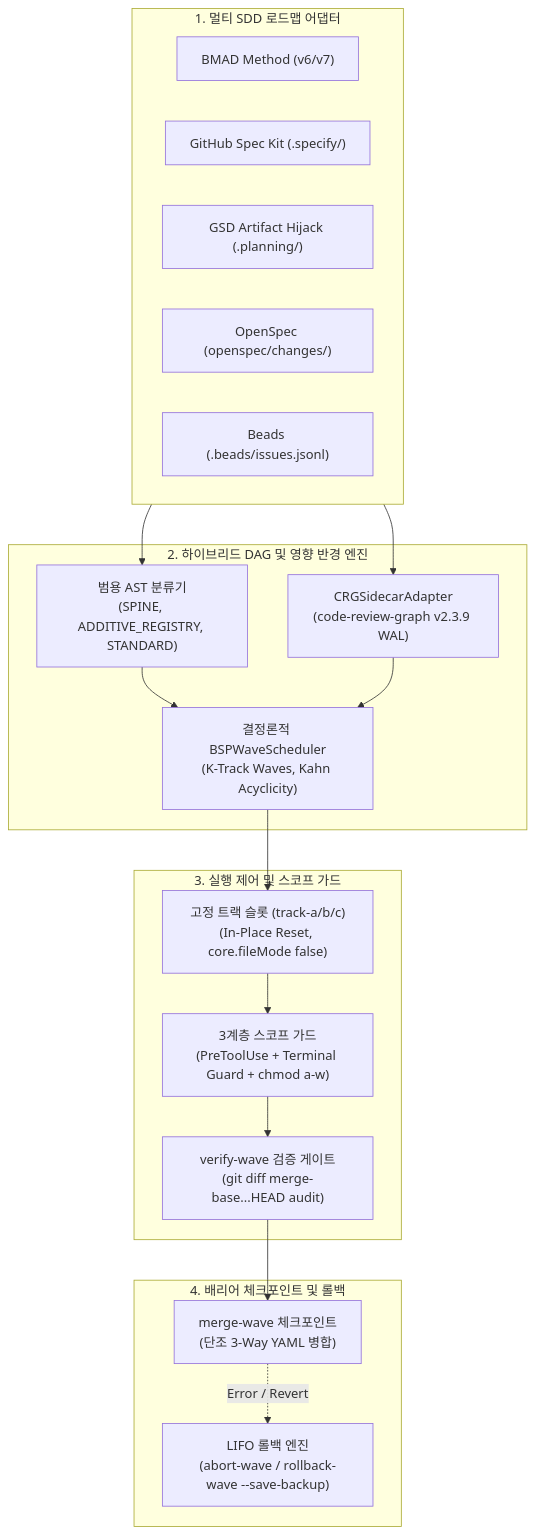
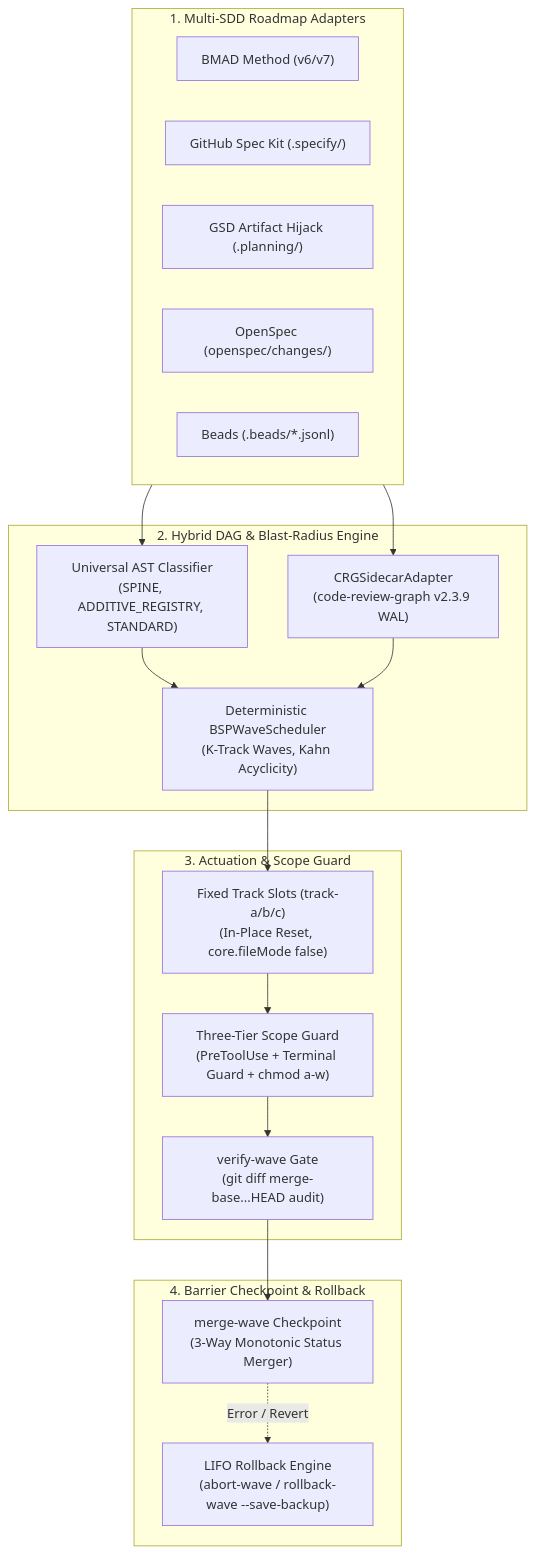
One commit to stopActingSoSmall/sdd-parallel changed the diagram in docs/i18n/ko/README.md. Above: the diagram before and after it, drawn with Mermaid. The commit also changed other lines of this file and 14 other files, not shown here.

````diff
--- a/docs/i18n/ko/README.md
+++ b/docs/i18n/ko/README.md
@@ -157,34 +543,34 @@
 ```mermaid
 flowchart TD
-    subgraph Inputs["1. 멀티 SDD 로드맵 어댑터"]
+    subgraph Inputs["1. Multi-SDD Roadmap Adapters"]
         BMAD["BMAD Method (v6/v7)"]
         SpecKit["GitHub Spec Kit (.specify/)"]
         GSD["GSD Artifact Hijack (.planning/)"]
         OpenSpec["OpenSpec (openspec/changes/)"]
-        Beads["Beads (.beads/issues.jsonl)"]
+        Beads["Beads (.beads/*.jsonl)"]
     end
 
-    subgraph Engine["2. 하이브리드 DAG 및 영향 반경 엔진"]
-        AST["범용 AST 분류기\n(SPINE, ADDITIVE_REGISTRY, STANDARD)"]
+    subgraph Engine["2. Hybrid DAG & Blast-Radius Engine"]
+        AST["Universal AST Classifier\n(SPINE, ADDITIVE_REGISTRY, STANDARD)"]
         CRG["CRGSidecarAdapter\n(code-review-graph v2.3.9 WAL)"]
-        BSP["결정론적 BSPWaveScheduler\n(K-Track Waves, Kahn Acyclicity)"]
+        BSP["Deterministic BSPWaveScheduler\n(K-Track Waves, Kahn Acyclicity)"]
     end
 
-    subgraph Actuation["3. 실행 제어 및 스코프 가드"]
-        Slots["고정 트랙 슬롯 (track-a/b/c)\n(In-Place Reset, core.fileMode false)"]
-        Guard["3계층 스코프 가드\n(PreToolUse + Terminal Guard + chmod a-w)"]
-        Verify["verify-wave 검증 게이트\n(git diff merge-base...HEAD audit)"]
+    subgraph Actuation["3. Actuation & Scope Guard"]
+        Slots["Fixed Track Slots (track-a/b/c)\n(In-Place Reset, core.fileMode false)"]
+        Guard["Three-Tier Scope Guard\n(PreToolUse + Terminal Guard + chmod a-w)"]
+        Verify["verify-wave Gate\n(git diff merge-base...HEAD audit)"]
     end
 
-    subgraph Barrier["4. 배리어 체크포인트 및 롤백"]
-        Merge["merge-wave 체크포인트\n(단조 3-Way YAML 병합)"]
-        Rollback["LIFO 롤백 엔진\n(abort-wave / rollback-wave --save-backup)"]
+    subgraph Barrier["4. Barrier Checkpoint & Rollback"]
+        Merge["merge-wave Checkpoint\n(3-Way Monotonic Status Merger)"]
+        Rollback["LIFO Rollback Engine\n(abort-wave / rollback-wave --save-backup)"]
     end
 
     Inputs --> AST & CRG
     AST & CRG --> BSP
     BSP --> Slots
     Slots --> Guard --> Verify
     Verify --> Merge
     Merge -. Error / Revert .-> Rollback
 ```
````
